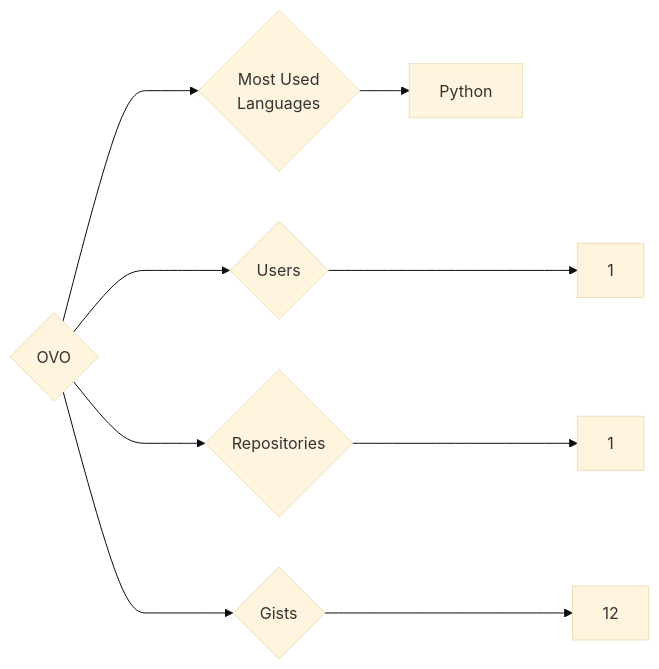
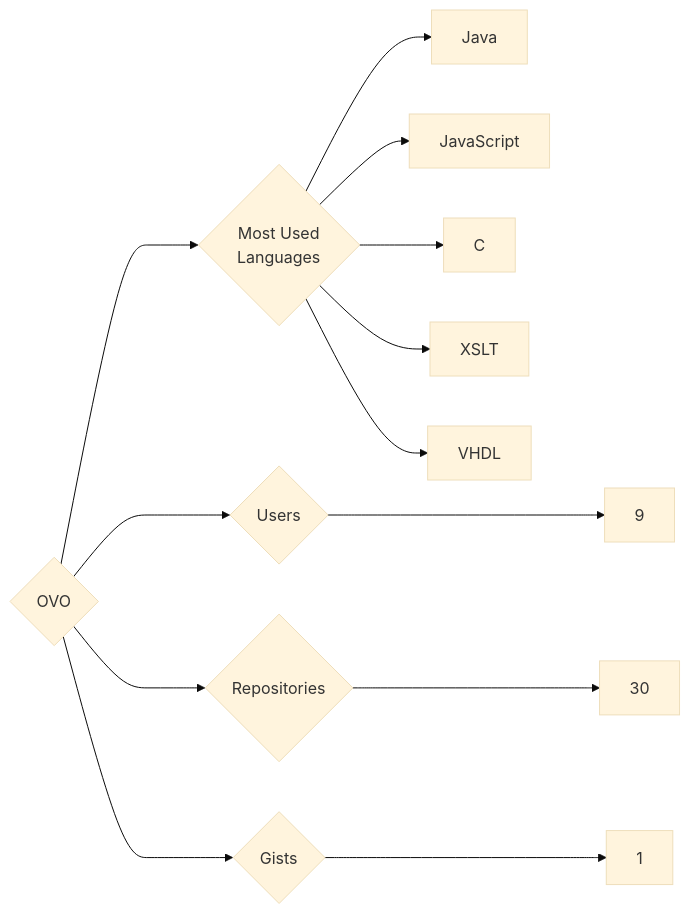
One commit to trickest/insiders changed the diagram in targets/OVO/README.md. Above: the diagram before and after it, drawn with Mermaid (base theme). The commit also changed 1175 other files, not shown here.

````diff
--- a/targets/OVO/README.md
+++ b/targets/OVO/README.md
@@ -3,9 +3,13 @@
 ```mermaid
 graph LR
 COMPANY_NAME{OVO}
-COMPANY_NAME ---> U{Users} ---> UN[1]
-COMPANY_NAME ---> R{Repositories} ---> RN[1]
-COMPANY_NAME ---> G{Gists} ---> GN[12]
+COMPANY_NAME ---> U{Users} ---> UN[9]
+COMPANY_NAME ---> R{Repositories} ---> RN[30]
+COMPANY_NAME ---> G{Gists} ---> GN[1]
 COMPANY_NAME ---> ML{Most Used<br>Languages}
-ML --> Python[Python]
+ML --> Java[Java]
+ML --> JavaScript[JavaScript]
+ML --> C[C]
+ML --> XSLT[XSLT]
+ML --> VHDL[VHDL]
 ```
````
